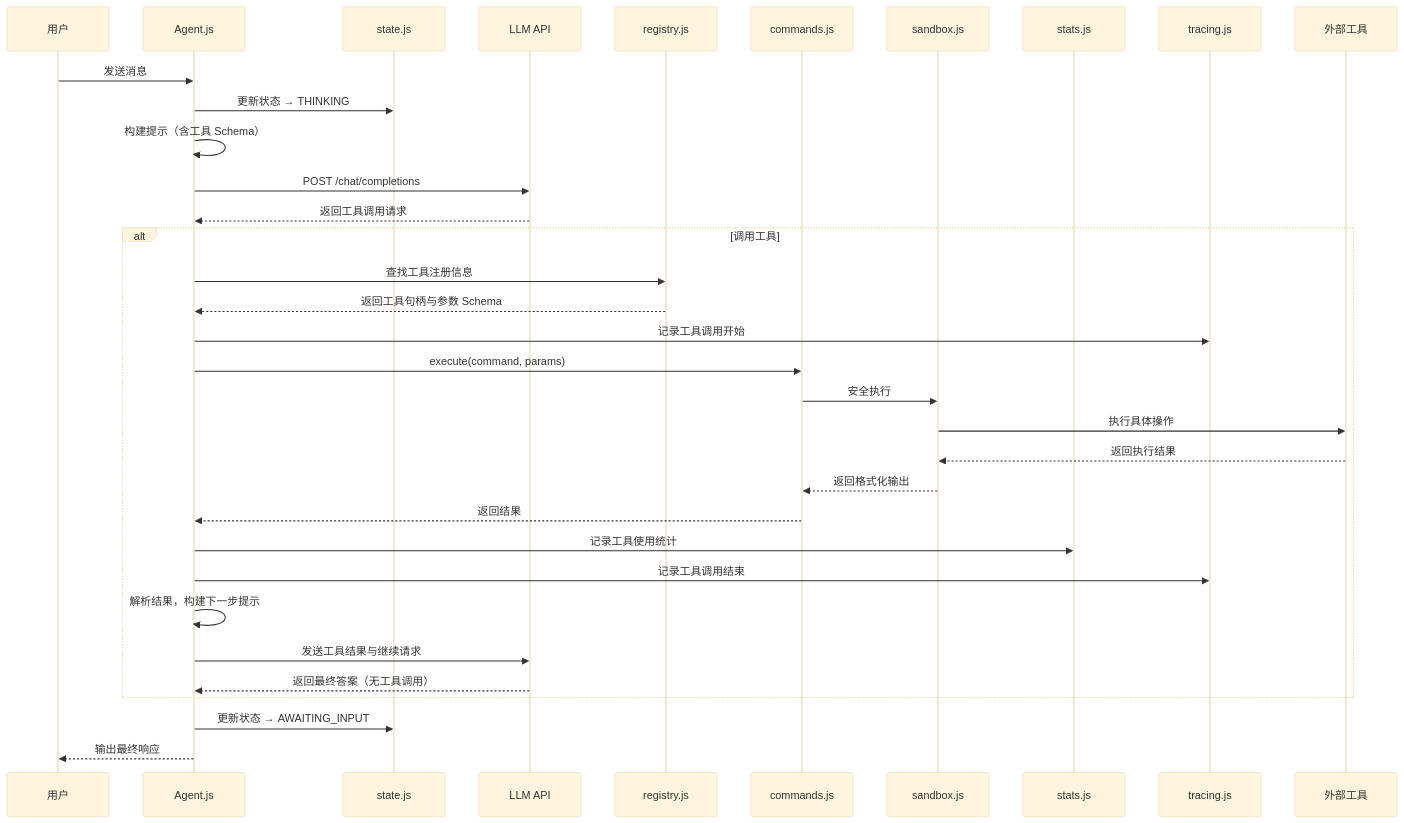
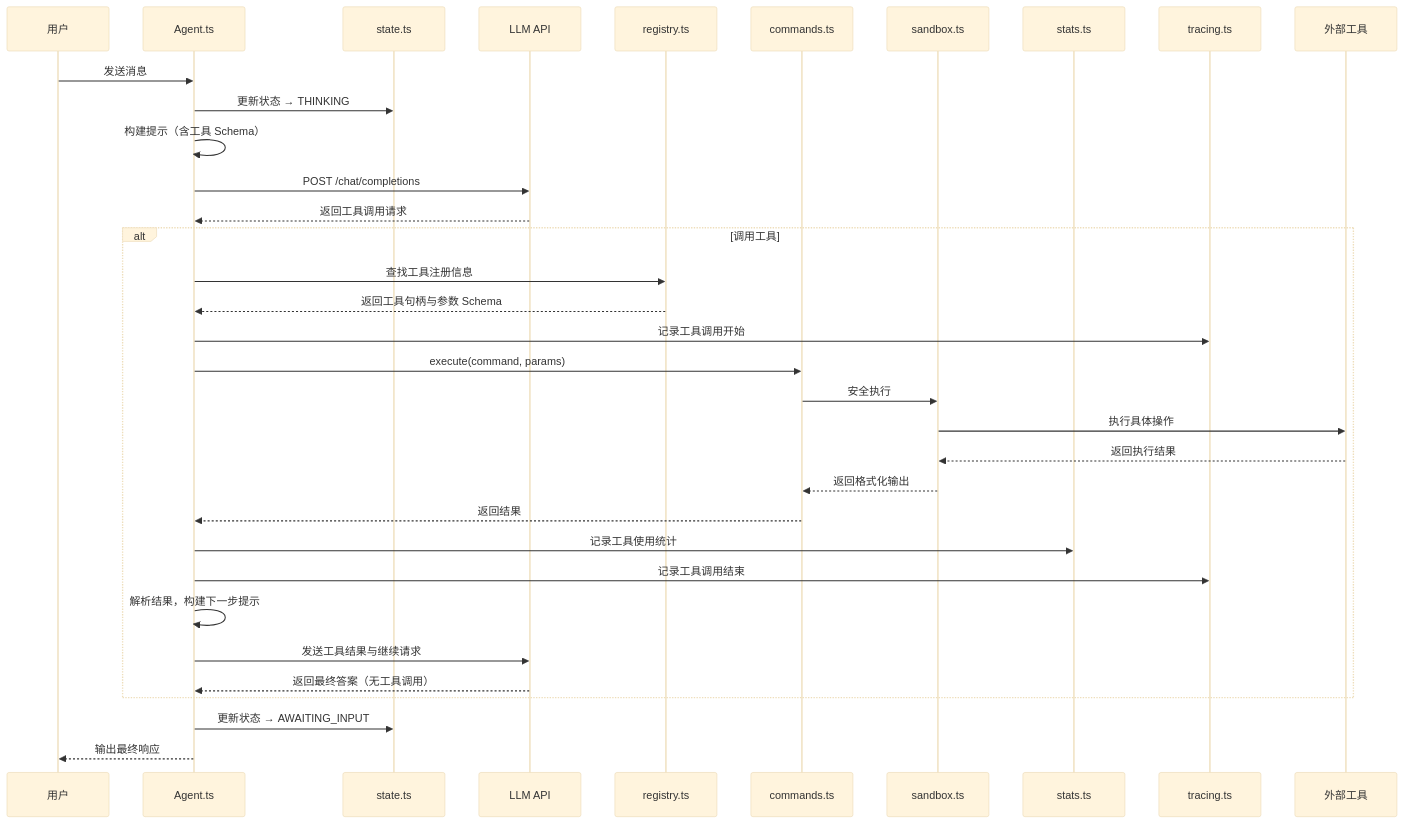
The third of 7 diagrams in introduction/architecture.md (1486853830/CogitoAgent), drawn with Mermaid (base theme) before and after one commit. The commit also changed other lines of this file and 14 other files, not shown here.

````diff
--- a/introduction/architecture.md
+++ b/introduction/architecture.md
@@ -123,41 +123,41 @@
 ```mermaid
 sequenceDiagram
     participant User as 用户
-    participant Agent as Agent.js
-    participant State as state.js
+    participant Agent as Agent.ts
+    participant State as state.ts
     participant LLM as LLM API
-    participant Registry as registry.js
-    participant Cmd as commands.js
-    participant Sandbox as sandbox.js
-    participant Stats as stats.js
-    participant Tracing as tracing.js
+    participant Registry as registry.ts
+    participant Cmd as commands.ts
+    participant Sandbox as sandbox.ts
+    participant Stats as stats.ts
+    participant Tracing as tracing.ts
     participant Tool as 外部工具
 
     User->>Agent: 发送消息
     Agent->>State: 更新状态 → THINKING
     Agent->>Agent: 构建提示（含工具 Schema）
     Agent->>LLM: POST /chat/completions
 
     LLM-->>Agent: 返回工具调用请求
 
     alt 调用工具
         Agent->>Registry: 查找工具注册信息
         Registry-->>Agent: 返回工具句柄与参数 Schema
         Agent->>Tracing: 记录工具调用开始
         Agent->>Cmd: execute(command, params)
         Cmd->>Sandbox: 安全执行
         Sandbox->>Tool: 执行具体操作
         Tool-->>Sandbox: 返回执行结果
         Sandbox-->>Cmd: 返回格式化输出
         Cmd-->>Agent: 返回结果
         Agent->>Stats: 记录工具使用统计
         Agent->>Tracing: 记录工具调用结束
 
         Agent->>Agent: 解析结果，构建下一步提示
         Agent->>LLM: 发送工具结果与继续请求
         LLM-->>Agent: 返回最终答案（无工具调用）
     end
 
     Agent->>State: 更新状态 → AWAITING_INPUT
     Agent-->>User: 输出最终响应
 ```
````
